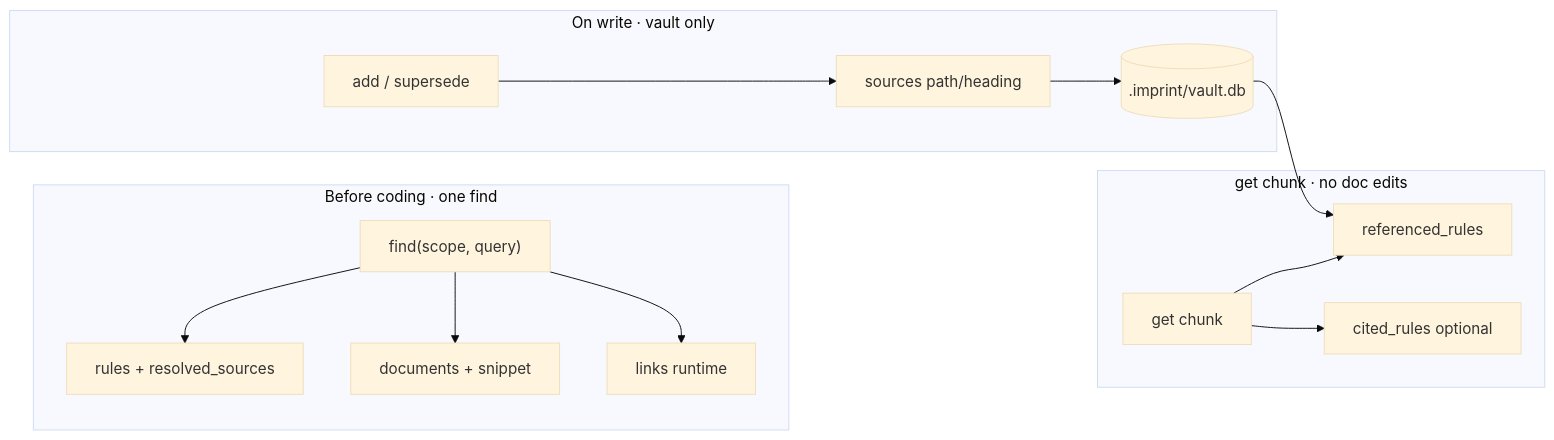
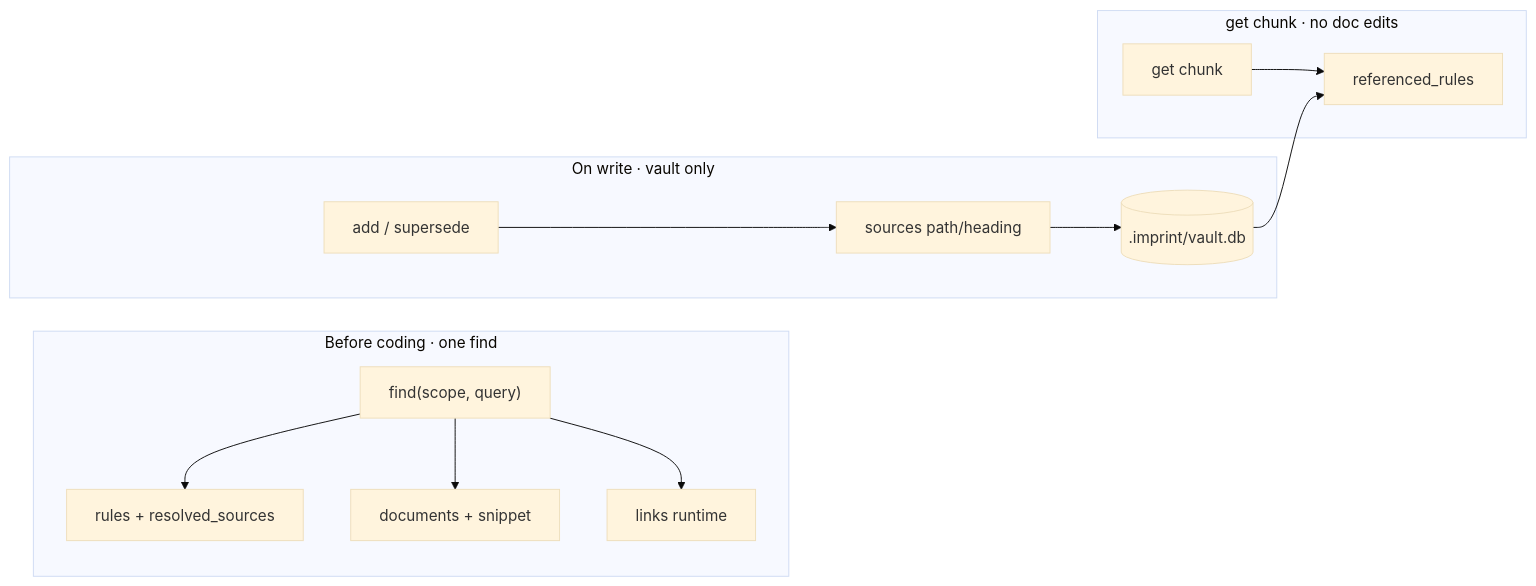
One commit to SteamedBread2333/imprint changed the diagram in docs/shelves-builtin.md. Above: the diagram before and after it, drawn with Mermaid (base theme). The commit also changed other lines of this file and 28 other files, not shown here.

````diff
--- a/docs/shelves-builtin.md
+++ b/docs/shelves-builtin.md
@@ -25,21 +25,20 @@
 ```mermaid
 flowchart LR
   subgraph recall [Before coding · one find]
     F["find(scope, query)"]
     F --> R[rules + resolved_sources]
     F --> D[documents + snippet]
     F --> L[links runtime]
   end
 
   subgraph persist [On write · vault only]
     A[add / supersede] --> S[sources path/heading]
     S --> V[(.imprint/vault.db)]
   end
 
   subgraph reverse [get chunk · no doc edits]
     G["get chunk"] --> RR[referenced_rules]
-    G --> CR[cited_rules optional]
   end
 
   V --> RR
 ```
````
